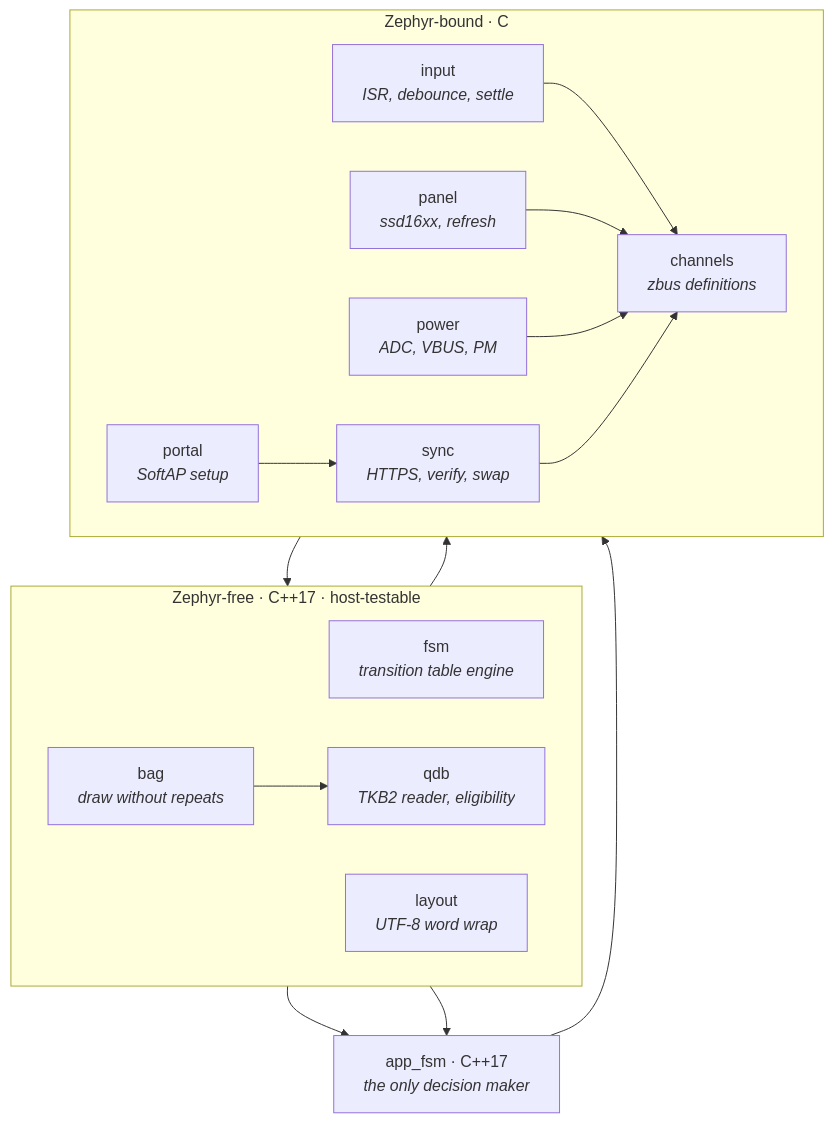
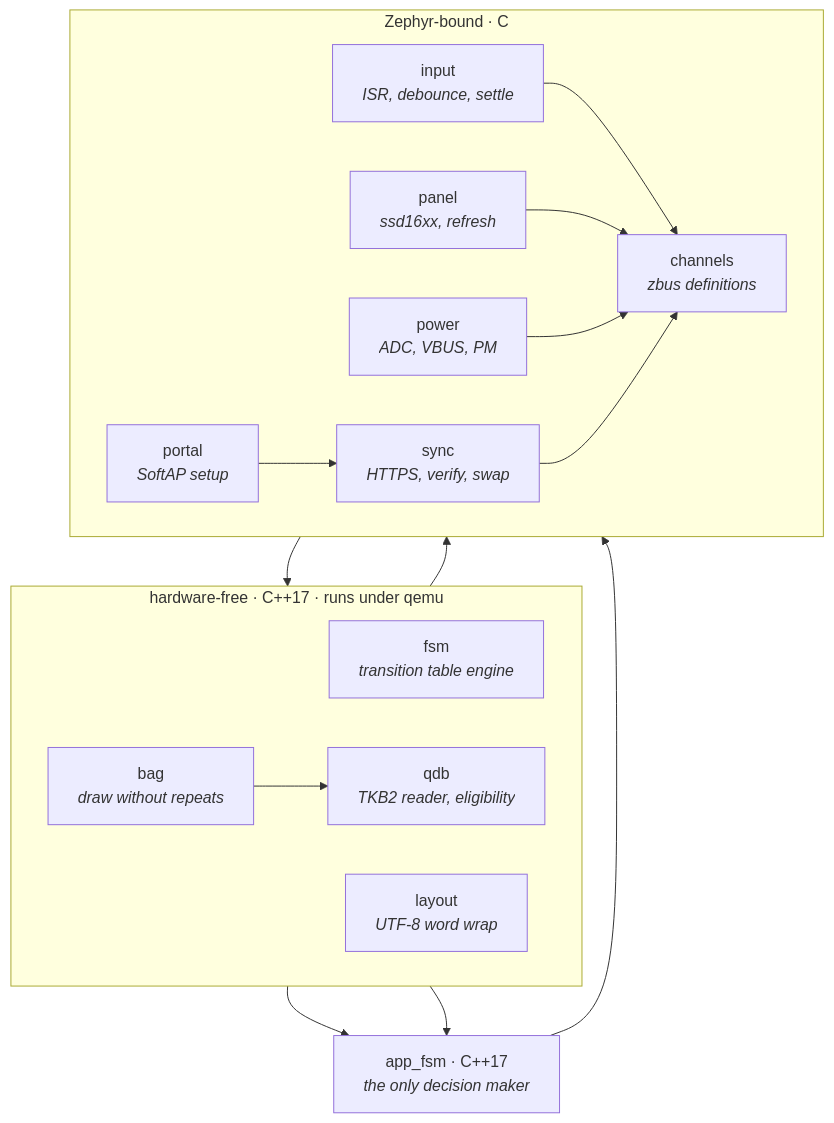
One commit to giacomomellone/cicala changed the second of 7 diagrams in docs/firmware_architecture.md. Above: the diagram before and after it, drawn with Mermaid. The commit also changed other lines of this file and 3 other files, not shown here.

````diff
--- a/docs/firmware_architecture.md
+++ b/docs/firmware_architecture.md
@@ -108,36 +111,36 @@
 ```mermaid
 flowchart TB
-    subgraph pure["Zephyr-free · C++17 · host-testable"]
+    subgraph pure["hardware-free · C++17 · runs under qemu"]
         direction LR
         FSM[fsm<br/><i>transition table engine</i>]
         QDB[qdb<br/><i>TKB2 reader, eligibility</i>]
         BAG[bag<br/><i>draw without repeats</i>]
         LAY[layout<br/><i>UTF-8 word wrap</i>]
     end
 
     subgraph glue["Zephyr-bound · C"]
         direction LR
         CHAN[channels<br/><i>zbus definitions</i>]
         INPUT[input<br/><i>ISR, debounce, settle</i>]
         PANEL[panel<br/><i>ssd16xx, refresh</i>]
         POWER[power<br/><i>ADC, VBUS, PM</i>]
         SYNC[sync<br/><i>HTTPS, verify, swap</i>]
         PORTAL[portal<br/><i>SoftAP setup</i>]
     end
 
     APPFSM["app_fsm · C++17<br/><i>the only decision maker</i>"]
 
     FSM --> APPFSM
     QDB --> APPFSM
     BAG --> QDB
     LAY --> PANEL
     APPFSM --> CHAN
     INPUT --> CHAN
     PANEL --> CHAN
     POWER --> CHAN
     SYNC --> QDB
     SYNC --> CHAN
     PORTAL --> SYNC
 
     classDef box fill:#f7f5f1,stroke:#9a8f7d
 ```
````
